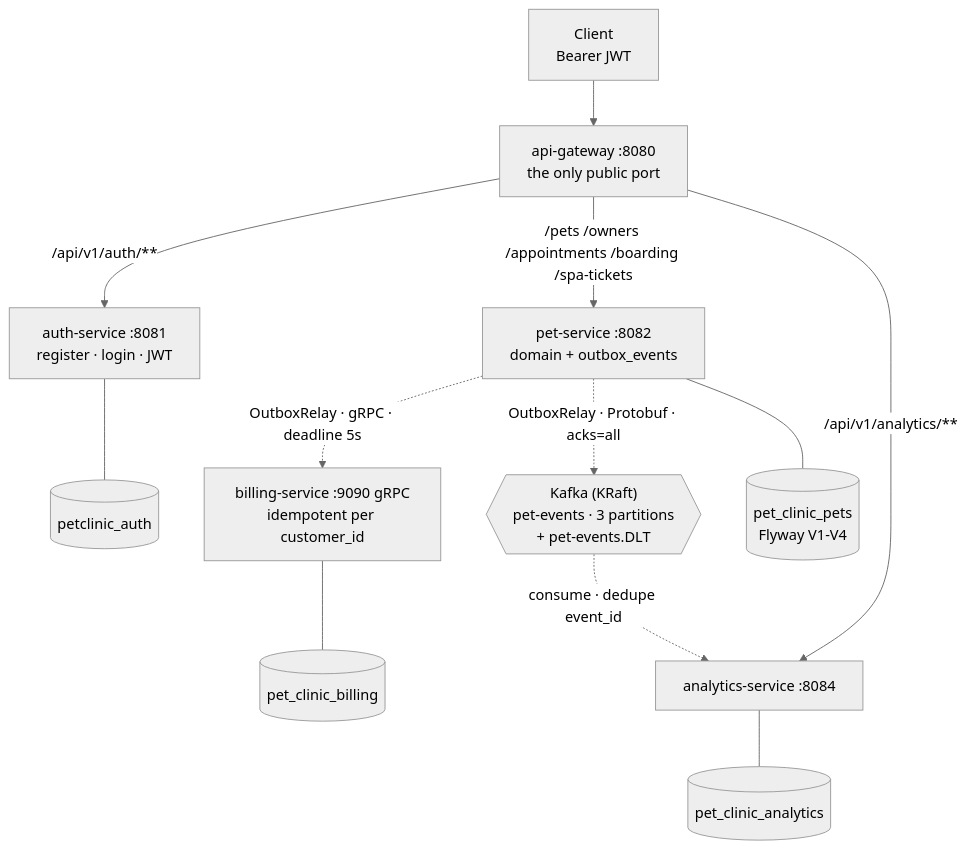
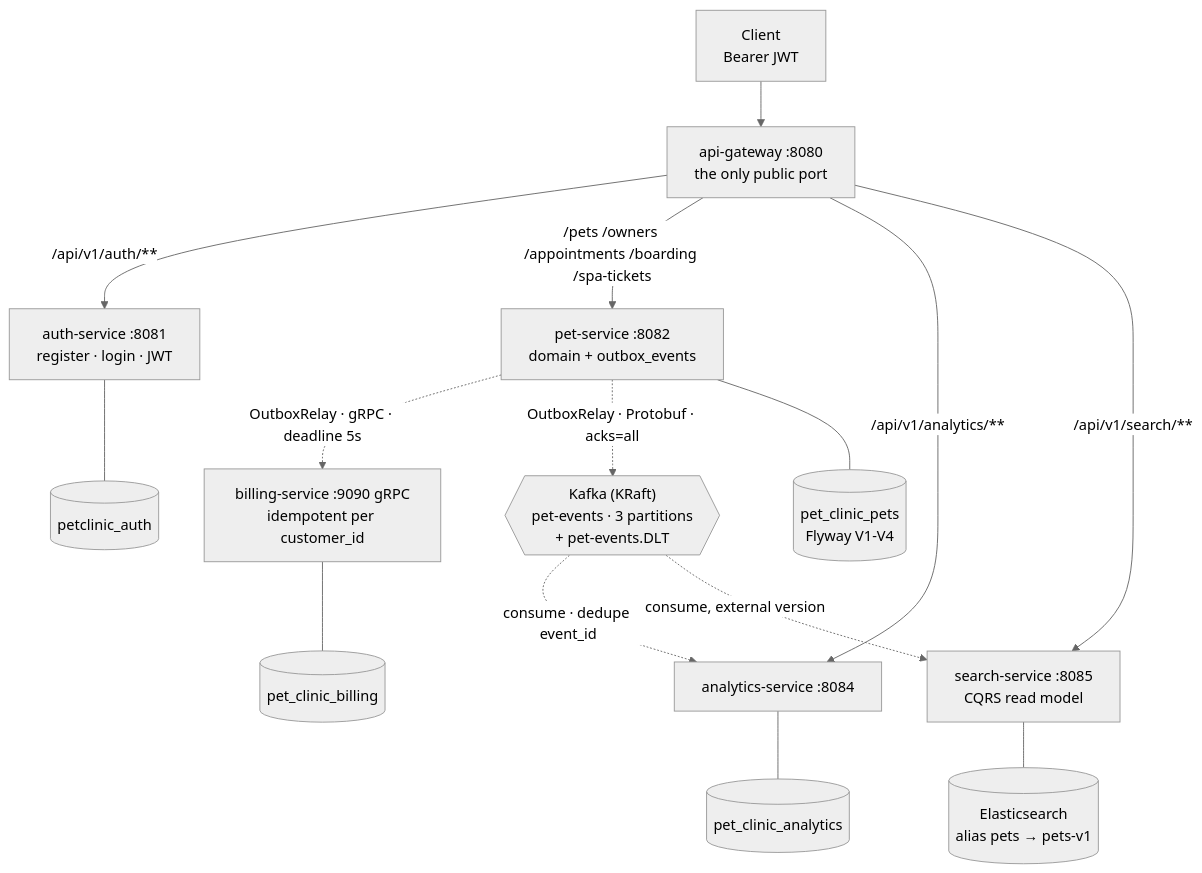
One commit to Phongasfd/pet-clinic-management changed the first of 2 diagrams in README.md. Above: the diagram before and after it, drawn with Mermaid (neutral theme). The commit also changed other lines of this file and 41 other files, not shown here.

First line of the commit message:
feat(search): Elasticsearch read model for pets (search-service)

````diff
--- a/README.md
+++ b/README.md
@@ -35,14 +38,17 @@
 ```mermaid
 flowchart TB
     client["Client<br/>Bearer JWT"] --> gw["api-gateway :8080<br/>the only public port"]
     gw -->|/api/v1/auth/**| auth["auth-service :8081<br/>register · login · JWT"]
     gw -->|"/pets /owners /appointments /boarding /spa-tickets"| pet["pet-service :8082<br/>domain + outbox_events"]
     gw -->|/api/v1/analytics/**| an["analytics-service :8084"]
+    gw -->|/api/v1/search/**| se["search-service :8085<br/>CQRS read model"]
     pet -.->|"OutboxRelay · gRPC · deadline 5s"| bill["billing-service :9090 gRPC<br/>idempotent per customer_id"]
     pet -.->|"OutboxRelay · Protobuf · acks=all"| kafka{{"Kafka (KRaft)<br/>pet-events · 3 partitions<br/>+ pet-events.DLT"}}
     kafka -.->|"consume · dedupe event_id"| an
     auth --- dba[(petclinic_auth)]
     pet --- dbp[(pet_clinic_pets<br/>Flyway V1-V4)]
     bill --- dbb[(pet_clinic_billing)]
     an --- dbn[(pet_clinic_analytics)]
+    kafka -.->|"consume, external version"| se
+    se --- es[(Elasticsearch<br/>alias pets → pets-v1)]
 ```
````
